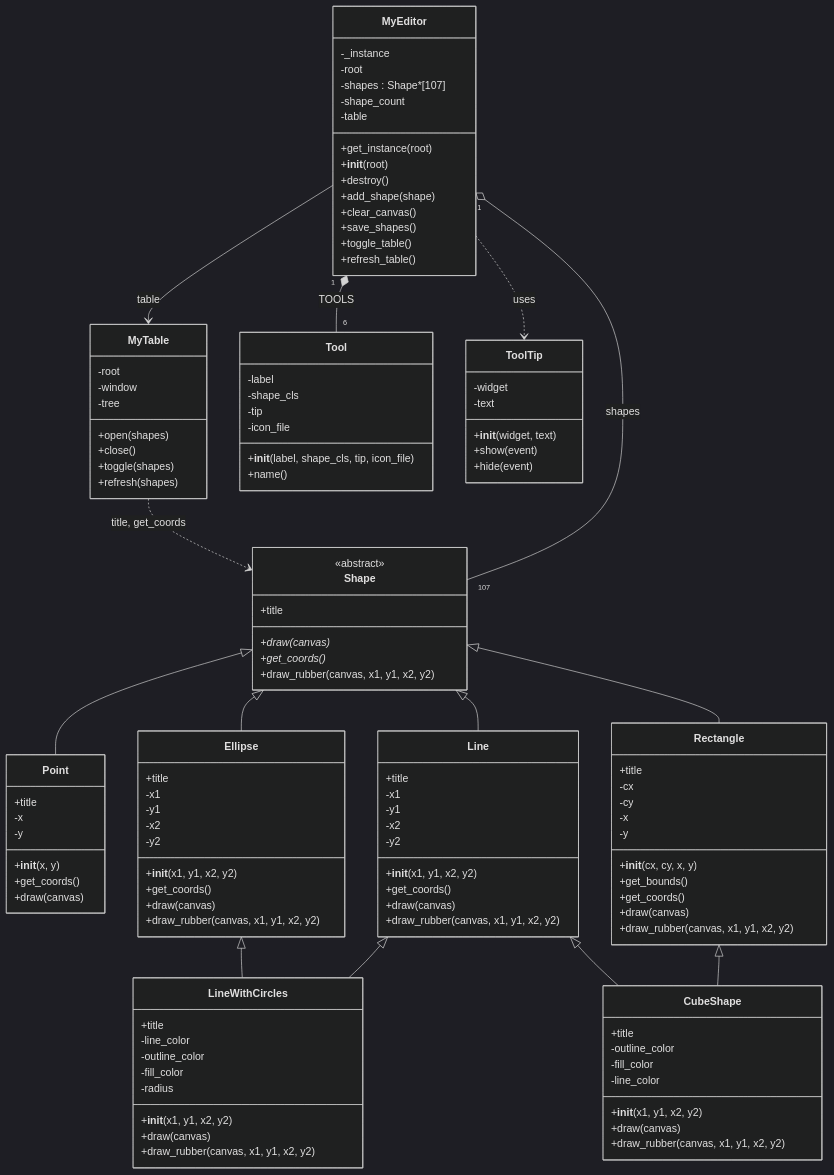
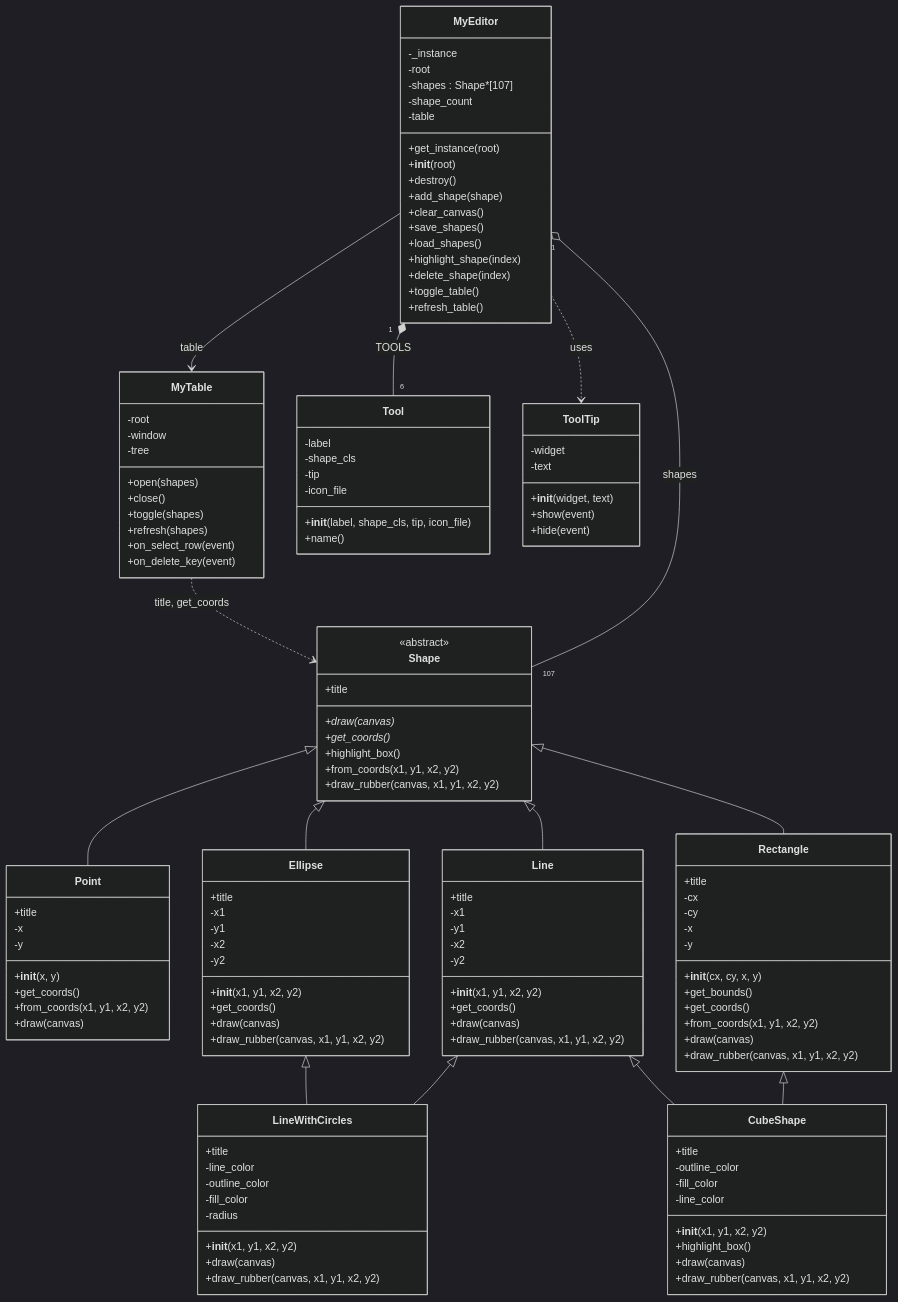
Before and after one commit to mariiahosp/oop-labs: the diagram in Lab5/diagram.md, drawn with Mermaid (dark theme). The commit also changed 3 other files, not shown here.

```diff
--- a/Lab5/diagram.md
+++ b/Lab5/diagram.md
@@ -8,6 +8,8 @@
         +title
         +draw(canvas)*
         +get_coords()*
+        +highlight_box()
+        +from_coords(x1, y1, x2, y2)
         +draw_rubber(canvas, x1, y1, x2, y2)
     }
 
@@ -17,6 +19,7 @@
         -y
         +__init__(x, y)
         +get_coords()
+        +from_coords(x1, y1, x2, y2)
         +draw(canvas)
     }
 
@@ -41,6 +44,7 @@
         +__init__(cx, cy, x, y)
         +get_bounds()
         +get_coords()
+        +from_coords(x1, y1, x2, y2)
         +draw(canvas)
         +draw_rubber(canvas, x1, y1, x2, y2)
     }
@@ -74,6 +78,7 @@
         -fill_color
         -line_color
         +__init__(x1, y1, x2, y2)
+        +highlight_box()
         +draw(canvas)
         +draw_rubber(canvas, x1, y1, x2, y2)
     }
@@ -90,6 +95,9 @@
         +add_shape(shape)
         +clear_canvas()
         +save_shapes()
+        +load_shapes()
+        +highlight_shape(index)
+        +delete_shape(index)
         +toggle_table()
         +refresh_table()
     }
@@ -102,6 +110,8 @@
         +close()
         +toggle(shapes)
         +refresh(shapes)
+        +on_select_row(event)
+        +on_delete_key(event)
     }
 
     class Tool {
```
